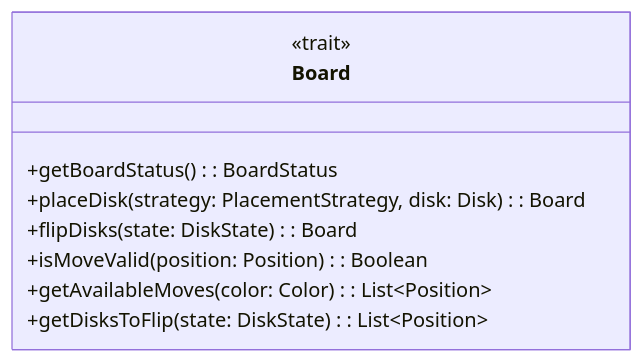
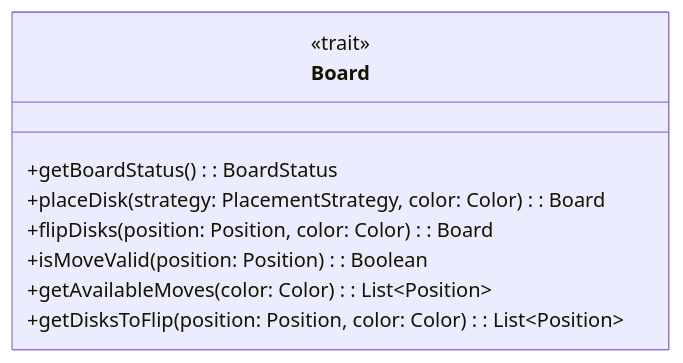
The tenth of 11 diagrams in docs/report/5-detailed-design.md (Borgotto/PPS-25-scalatello), drawn with Mermaid before and after one commit. The commit also changed other lines of this file, not shown here.

Commit message:
Update board design

````diff
--- a/docs/report/5-detailed-design.md
+++ b/docs/report/5-detailed-design.md
@@ -247,12 +247,12 @@
 ```mermaid
 classDiagram
     class Board {
         <<trait>>
         +getBoardStatus(): BoardStatus
-        +placeDisk(strategy: PlacementStrategy, disk: Disk): Board
-        +flipDisks(state: DiskState): Board
+        +placeDisk(strategy: PlacementStrategy, color: Color): Board
+        +flipDisks(position: Position, color: Color): Board
         +isMoveValid(position: Position): Boolean
         +getAvailableMoves(color: Color): List~Position~
-        +getDisksToFlip(state: DiskState): List~Position~
-    } 
+        +getDisksToFlip(position: Position, color: Color): List~Position~
+    }
 ```
````
